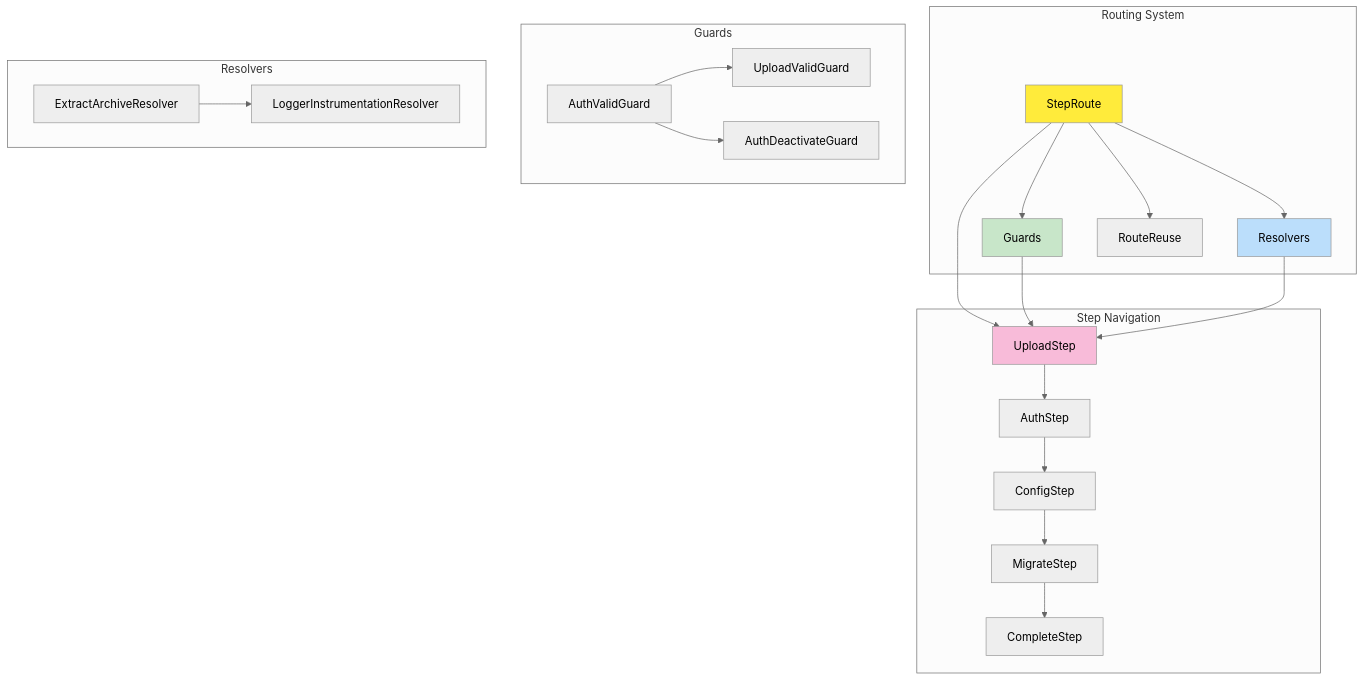
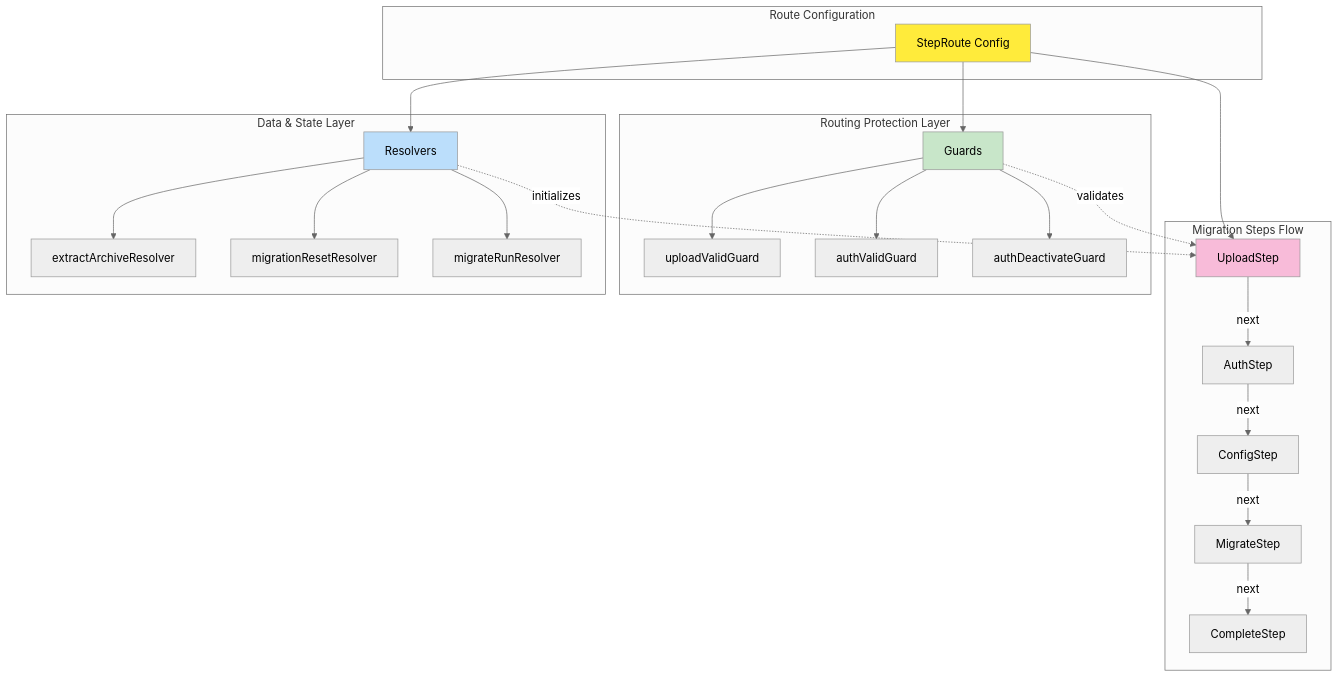
The first of 3 diagrams in docs/architecture/shared/ROUTING.md (CommunityStream-io/flock), drawn with Mermaid (neutral theme) before and after one commit. The commit also changed other lines of this file and 91 other files, not shown here.

First line of the commit message:
Migrate step (#41)

````diff
--- a/docs/architecture/shared/ROUTING.md
+++ b/docs/architecture/shared/ROUTING.md
@@ -9,33 +15,44 @@
 ```mermaid
 graph TB
-    subgraph "Routing System"
-        A[StepRoute] --> B[Guards]
-        A --> C[Resolvers]
-        A --> D[RouteReuse]
+    subgraph "Migration Steps Flow"
+        J[UploadStep] -->|next| K[AuthStep]
+        K -->|next| L[ConfigStep]
+        L -->|next| M[MigrateStep]
+        M -->|next| N[CompleteStep]
     end
     
-    subgraph "Guards"
-        E[AuthValidGuard] --> F[UploadValidGuard]
-        E --> G[AuthDeactivateGuard]
+    subgraph "Routing Protection Layer"
+        B[Guards]
+        B1[uploadValidGuard]
+        B2[authValidGuard]
+        B3[authDeactivateGuard]
+        B --> B1
+        B --> B2
+        B --> B3
     end
     
-    subgraph "Resolvers"
-        H[ExtractArchiveResolver] --> I[LoggerInstrumentationResolver]
+    subgraph "Data & State Layer"
+        C[Resolvers]
+        C1[extractArchiveResolver]
+        C2[migrationResetResolver]
+        C3[migrateRunResolver]
+        C --> C1
+        C --> C2
+        C --> C3
     end
     
-    subgraph "Step Navigation"
-        J[UploadStep] --> K[AuthStep]
-        K --> L[ConfigStep]
-        L --> M[MigrateStep]
-        M --> N[CompleteStep]
+    subgraph "Route Configuration"
+        A[StepRoute Config]
+        A --> B
+        A --> C
     end
     
     A --> J
-    B --> J
-    C --> J
+    B -.validates.-> J
+    C -.initializes.-> J
     
     style A fill:#ffeb3b
     style B fill:#c8e6c9
     style C fill:#bbdefb
     style J fill:#f8bbd9
 ```
````
